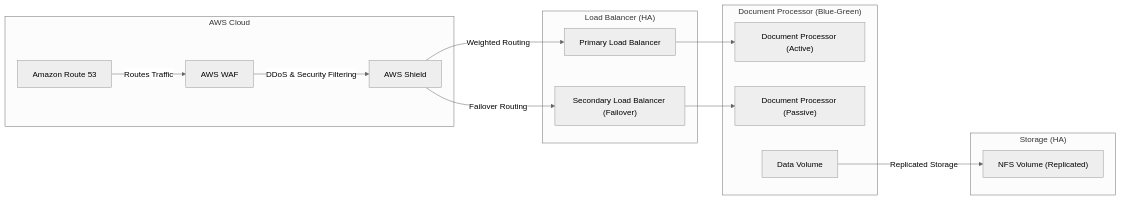
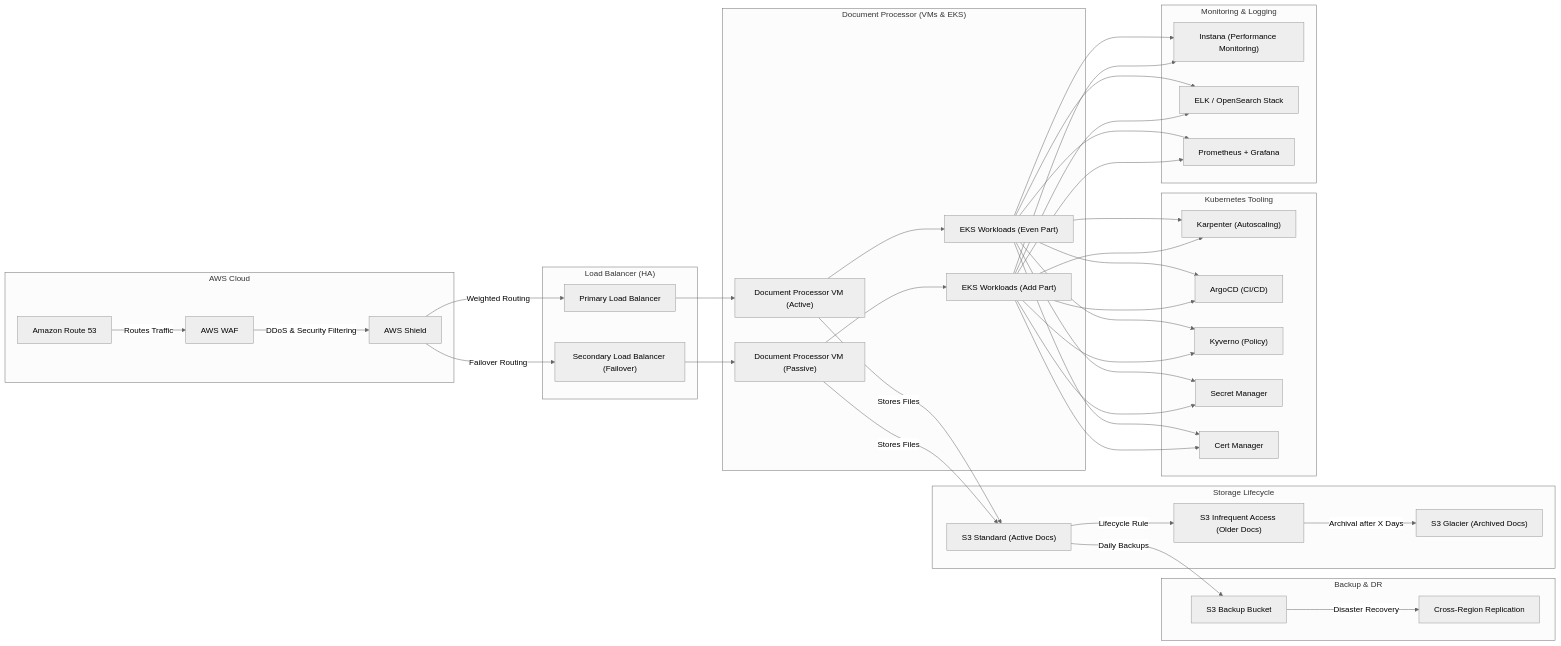
One commit to FedericoDelSaz/sre-test changed the diagram in ActionPlan.md. Above: the diagram before and after it, drawn with Mermaid (neutral theme). The commit also changed other lines of this file and 1 other file, not shown here.

Commit message:
Solution.md

````diff
--- a/ActionPlan.md
+++ b/ActionPlan.md
@@ -20,31 +43,76 @@
 ```mermaid
 graph LR
   subgraph "AWS Cloud"
     R53["Amazon Route 53"]
     WAF["AWS WAF"]
     Shield["AWS Shield"]
   end
 
   subgraph "Load Balancer (HA)"
     LB1["Primary Load Balancer"]
     LB2["Secondary Load Balancer (Failover)"]
   end
 
-  subgraph "Document Processor (Blue-Green)"
-    App1["Document Processor (Active)"]
-    App2["Document Processor (Passive)"]
-    Volume1["Data Volume"]
+  subgraph "Document Processor (VMs & EKS)"
+    VM1["Document Processor VM (Active)"]
+    VM2["Document Processor VM (Passive)"]
+    EKS1["EKS Workloads (Even Part)"]
+    EKS2["EKS Workloads (Add Part)"]
   end
 
-  subgraph "Storage (HA)"
-    FS["NFS Volume (Replicated)"]
+  subgraph "Storage Lifecycle"
+    S3_Std["S3 Standard (Active Docs)"]
+    S3_IA["S3 Infrequent Access (Older Docs)"]
+    Glacier["S3 Glacier (Archived Docs)"]
+  end
+
+  subgraph "Backup & DR"
+    BackupS3["S3 Backup Bucket"]
+    DRRegion["Cross-Region Replication"]
+  end
+
+  subgraph "Kubernetes Tooling"
+    Karpenter["Karpenter (Autoscaling)"]
+    ArgoCD["ArgoCD (CI/CD)"]
+    Kyverno["Kyverno (Policy)"]
+    Secrets["Secret Manager"]
+    Certs["Cert Manager"]
+  end
+
+  subgraph "Monitoring & Logging"
+    Instana["Instana (Performance Monitoring)"]
+    ELK["ELK / OpenSearch Stack"]
+    Prometheus["Prometheus + Grafana"]
   end
 
   R53 -->|Routes Traffic| WAF
   WAF -->|DDoS & Security Filtering| Shield
   Shield -->|Weighted Routing| LB1
   Shield -->|Failover Routing| LB2
-  LB1 --> App1
-  LB2 --> App2
-  Volume1 -- "Replicated Storage" --> FS
+  LB1 --> VM1
+  LB2 --> VM2
+  VM1 --> EKS1
+  VM2 --> EKS2
+  EKS1 --> Karpenter
+  EKS1 --> ArgoCD
+  EKS1 --> Kyverno
+  EKS1 --> Secrets
+  EKS1 --> Certs
+  EKS1 --> Instana
+  EKS1 --> ELK
+  EKS1 --> Prometheus
+  EKS2 --> Karpenter
+  EKS2 --> ArgoCD
+  EKS2 --> Kyverno
+  EKS2 --> Secrets
+  EKS2 --> Certs
+  EKS2 --> Instana
+  EKS2 --> ELK
+  EKS2 --> Prometheus
+  VM1 -- "Stores Files" --> S3_Std
+  VM2 -- "Stores Files" --> S3_Std
+  S3_Std -- "Lifecycle Rule" --> S3_IA
+  S3_IA -- "Archival after X Days" --> Glacier
+  S3_Std -- "Daily Backups" --> BackupS3
+  BackupS3 -- "Disaster Recovery" --> DRRegion
 ```
````
